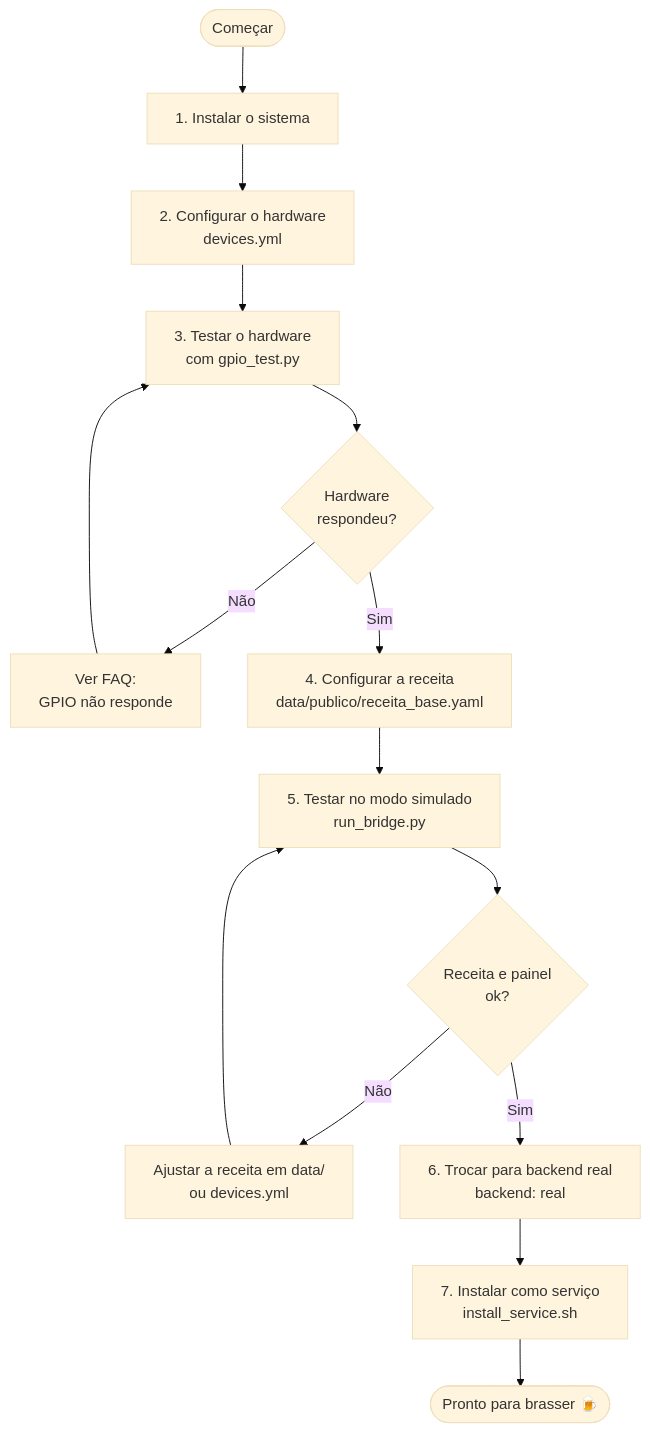
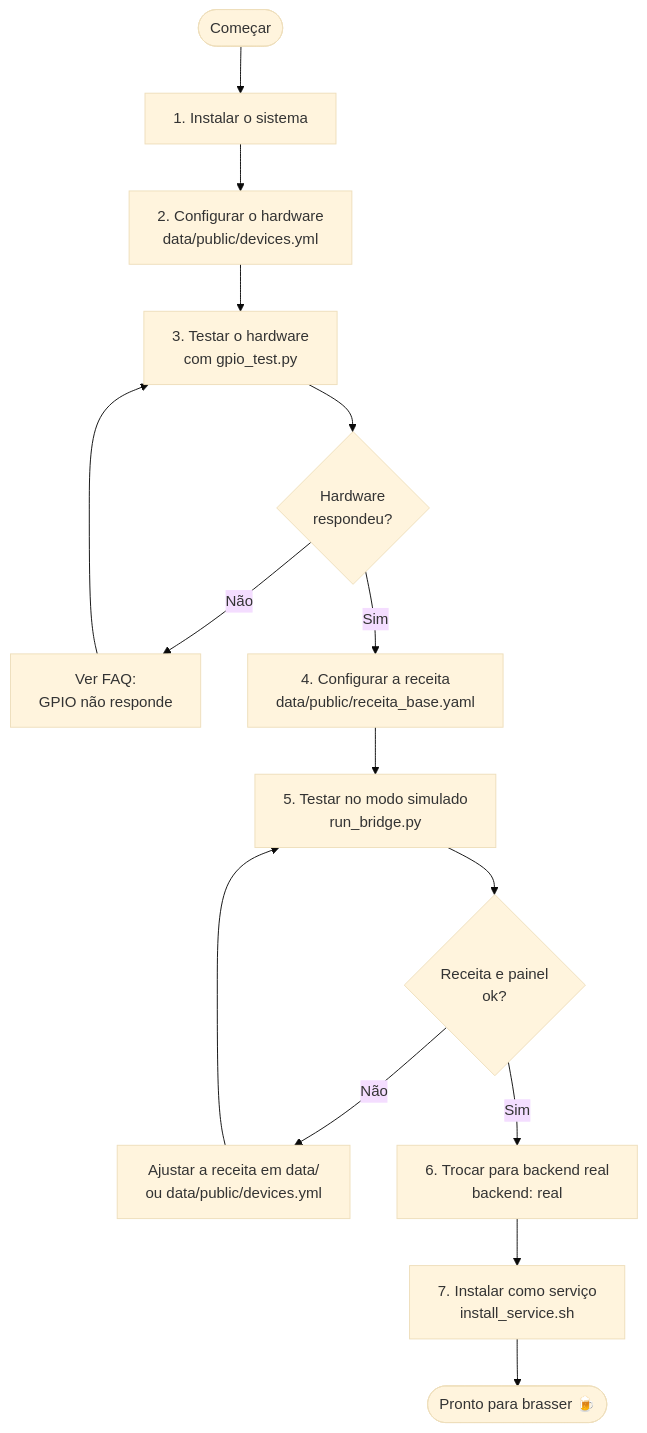
One commit to ChristopherNicolasSMM/Tesseract-Device-Bridge changed the diagram in docs/manual/02-primeiros-passos.md. Above: the diagram before and after it, drawn with Mermaid (base theme). The commit also changed other lines of this file and 16 other files, not shown here.

First line of the commit message:
data/: devices.yml e recipe_state.json movidos pra public/private

````diff
--- a/docs/manual/02-primeiros-passos.md
+++ b/docs/manual/02-primeiros-passos.md
@@ -15,17 +15,17 @@
 ```mermaid
 flowchart TD
     A([Começar]) --> B[1. Instalar o sistema]
-    B --> C[2. Configurar o hardware\ndevices.yml]
+    B --> C[2. Configurar o hardware\ndata/public/devices.yml]
     C --> D[3. Testar o hardware\ncom gpio_test.py]
     D --> E{Hardware\nrespondeu?}
     E -- Não --> F[Ver FAQ:\nGPIO não responde]
     F --> D
-    E -- Sim --> G[4. Configurar a receita\ndata/publico/receita_base.yaml]
+    E -- Sim --> G[4. Configurar a receita\ndata/public/receita_base.yaml]
     G --> H[5. Testar no modo simulado\nrun_bridge.py]
     H --> I{Receita e painel\nok?}
-    I -- Não --> J[Ajustar a receita em data/\nou devices.yml]
+    I -- Não --> J[Ajustar a receita em data/\nou data/public/devices.yml]
     J --> H
     I -- Sim --> K[6. Trocar para backend real\nbackend: real]
     K --> L[7. Instalar como serviço\ninstall_service.sh]
     L --> M([Pronto para brasser 🍺])
 ```
````
